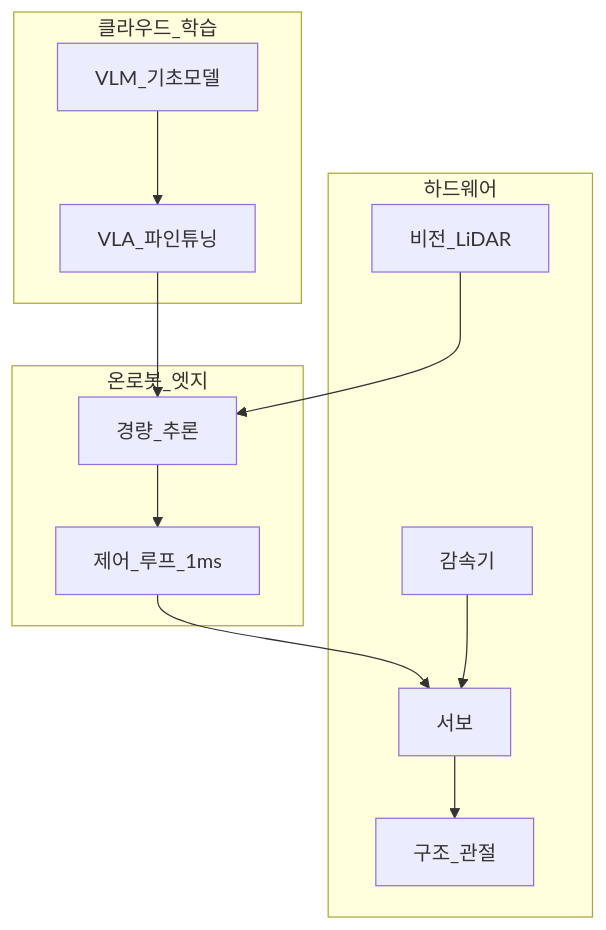
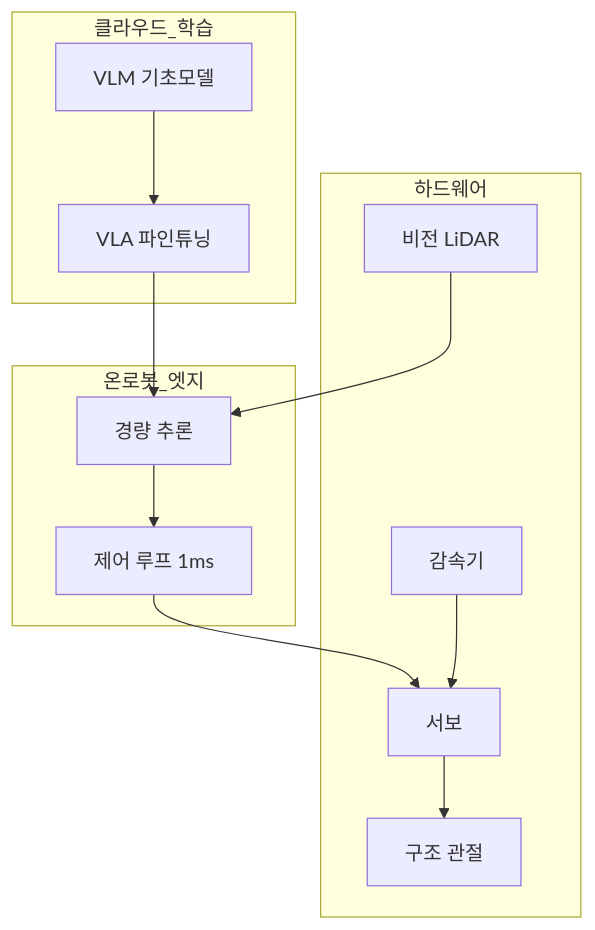
Before and after one commit to goldanghenry/Finances: the first of 3 diagrams in 03-markets/sectors/physical-ai.md, drawn with Mermaid. The commit also changed other lines of this file and 211 other files, not shown here.

````diff
--- a/03-markets/sectors/physical-ai.md
+++ b/03-markets/sectors/physical-ai.md
@@ -108,24 +117,24 @@
 ```mermaid
 flowchart TB
   subgraph cloud [클라우드_학습]
-    VLM[VLM_기초모델]
-    VLA[VLA_파인튜닝]
+    VLM["VLM 기초모델"]
+    VLA["VLA 파인튜닝"]
   end
   subgraph edge [온로봇_엣지]
-    Infer[경량_추론]
-    Control[제어_루프_1ms]
+    Infer["경량 추론"]
+    Control["제어 루프 1ms"]
   end
   subgraph body [하드웨어]
-    Cam[비전_LiDAR]
+    Cam["비전 LiDAR"]
     Red[감속기]
     Motor[서보]
-    Frame[구조_관절]
+    Frame["구조 관절"]
   end
   VLM --> VLA
   VLA --> Infer
   Infer --> Control
   Cam --> Infer
   Control --> Motor
   Red --> Motor
   Motor --> Frame
 ```
````
